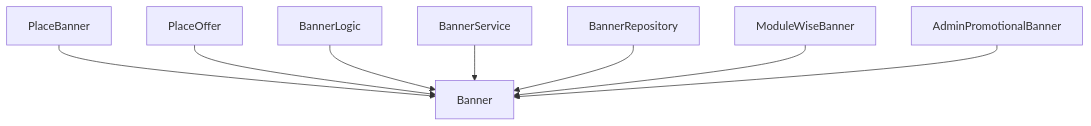
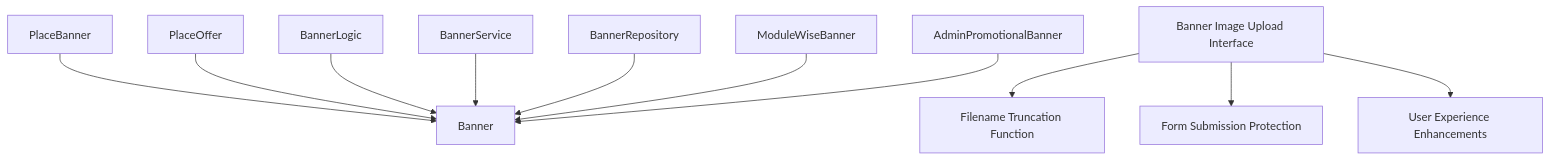
The tenth of 10 diagrams in .qoder/repowiki/en/content/Business Modules/PlacesToVisit Module/Banners and Offers Management.md (Hamdies/waddy_back), drawn with Mermaid before and after one commit. The commit also changed other lines of this file and 1 other file, not shown here.

````diff
--- a/.qoder/repowiki/en/content/Business Modules/PlacesToVisit Module/Banners and Offers Management.md
+++ b/.qoder/repowiki/en/content/Business Modules/PlacesToVisit Module/Banners and Offers Management.md
@@ -416,18 +504,25 @@
 ```mermaid
 graph TB
 PB["PlaceBanner"]
 PO["PlaceOffer"]
 B["Banner"]
 MWB["ModuleWiseBanner"]
 APB["AdminPromotionalBanner"]
 BL["BannerLogic"]
 BS["BannerService"]
 BR["BannerRepository"]
+BIU["Banner Image Upload Interface"]
+FNF["Filename Truncation Function"]
+FSP["Form Submission Protection"]
+UE["User Experience Enhancements"]
 PB --> B
 PO --> B
 BL --> B
 BS --> B
 BR --> B
 MWB --> B
 APB --> B
+BIU --> FNF
+BIU --> FSP
+BIU --> UE
 ```
````
